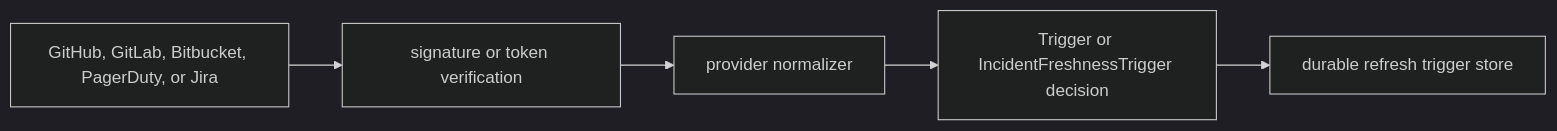
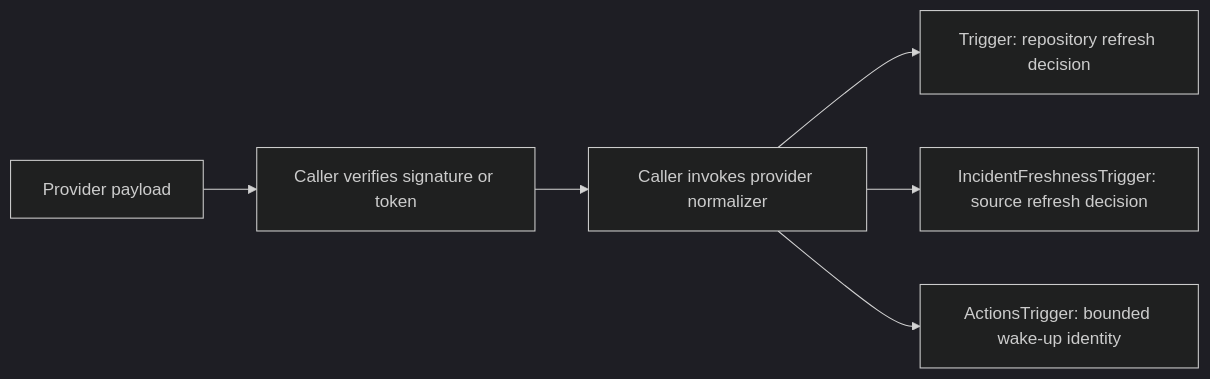
Before and after one commit to eshu-hq/eshu: the diagram in go/internal/webhook/README.md, drawn with Mermaid (dark theme). The commit also changed other lines of this file and 2 other files, not shown here.

Commit message:
docs(webhook): distinguish Actions identities from refresh decisions

````diff
--- a/go/internal/webhook/README.md
+++ b/go/internal/webhook/README.md
@@ -16,7 +16,8 @@
 ```mermaid
 flowchart LR
-  Provider["GitHub, GitLab, Bitbucket, PagerDuty, or Jira"] --> Verify["signature or token verification"]
-  Verify --> Normalize["provider normalizer"]
-  Normalize --> Trigger["Trigger or IncidentFreshnessTrigger decision"]
-  Trigger --> Durable["durable refresh trigger store"]
+  Provider["Provider payload"] --> Verify["Caller verifies signature or token"]
+  Verify --> Normalize["Caller invokes provider normalizer"]
+  Normalize --> Repository["Trigger: repository refresh decision"]
+  Normalize --> Incident["IncidentFreshnessTrigger: source refresh decision"]
+  Normalize --> Actions["ActionsTrigger: bounded wake-up identity"]
 ```
````
